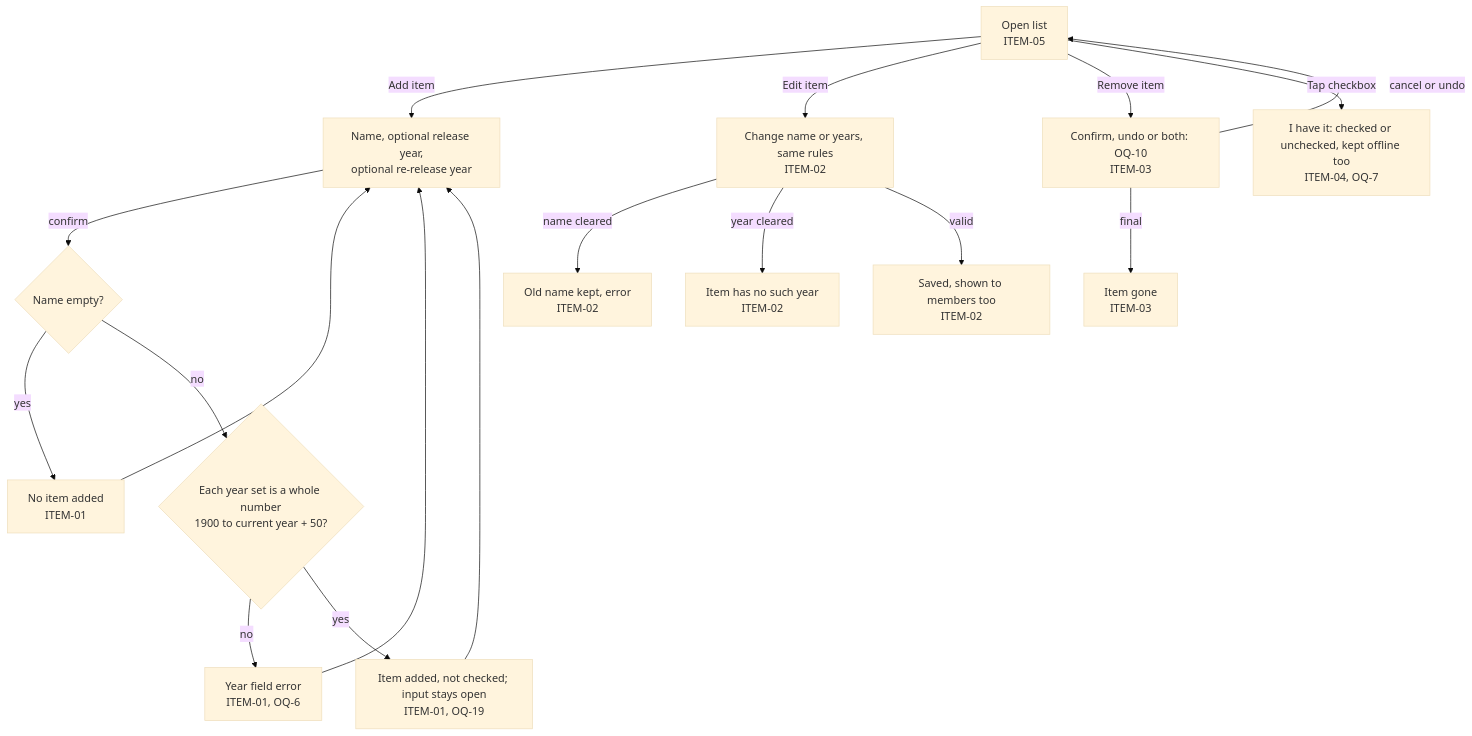
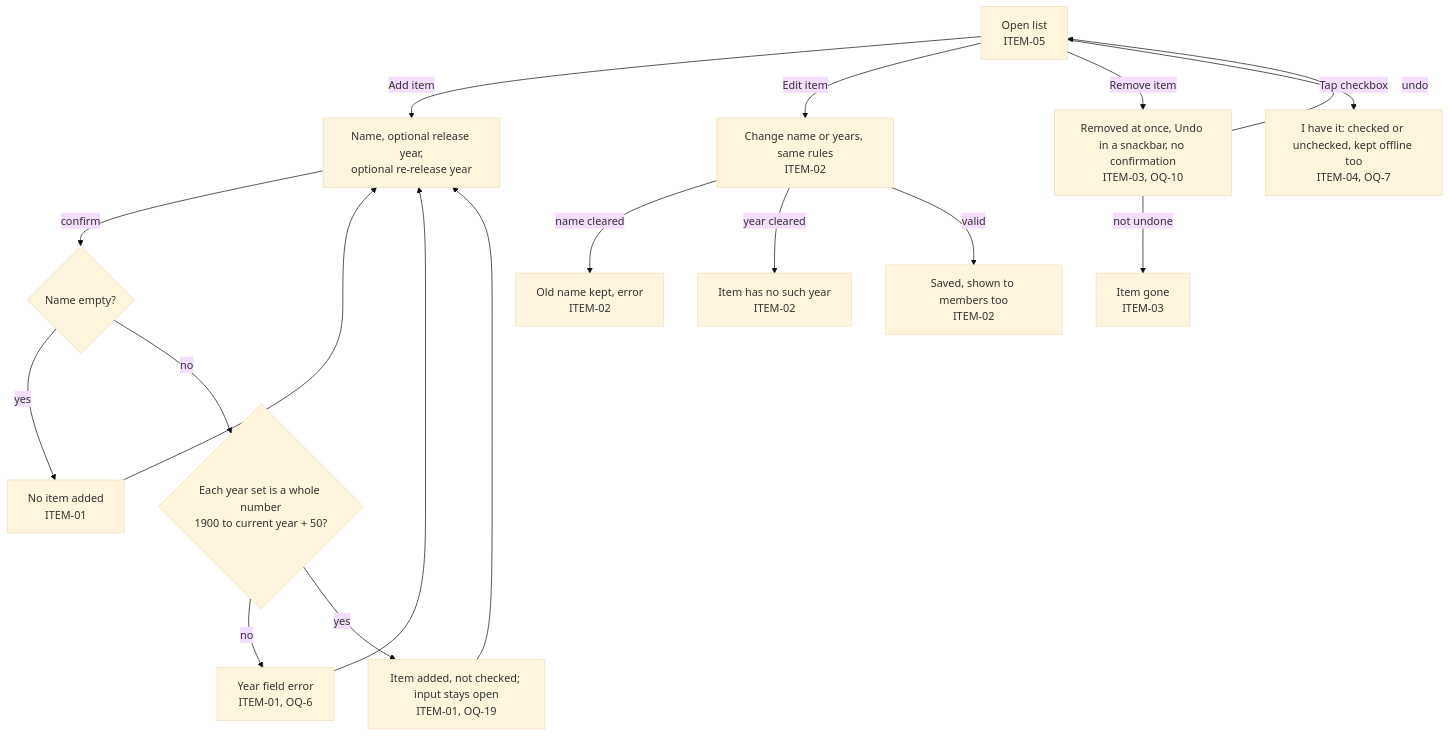
The sixth of 10 diagrams in docs/product/flow.md (bondo/listicles2), drawn with Mermaid (base theme) before and after one commit. The commit also changed other lines of this file and 2 other files, not shown here.

First line of the commit message:
M0.5-03: draft visual-quality rubric; flow.md follows the owner decisions OQ-8..10, 14, 20..22

````diff
--- a/docs/product/flow.md
+++ b/docs/product/flow.md
@@ -159,18 +157,18 @@
 ```mermaid
 flowchart TD
     open["Open list<br>ITEM-05"] -- "Add item" --> input["Name, optional release year,<br>optional re-release year"]
     input -- "confirm" --> iname{"Name empty?"}
     iname -- "yes" --> noadd["No item added<br>ITEM-01"] --> input
     iname -- "no" --> years{"Each year set is a whole number<br>1900 to current year + 50?"}
     years -- "no" --> yerr["Year field error<br>ITEM-01, OQ-6"] --> input
     years -- "yes" --> added["Item added, not checked; input stays open<br>ITEM-01, OQ-19"]
     added --> input
     open -- "Edit item" --> edit["Change name or years, same rules<br>ITEM-02"]
     edit -- "name cleared" --> keep["Old name kept, error<br>ITEM-02"]
     edit -- "year cleared" --> noyear["Item has no such year<br>ITEM-02"]
     edit -- "valid" --> saved["Saved, shown to members too<br>ITEM-02"]
-    open -- "Remove item" --> rem["Confirm, undo or both: OQ-10<br>ITEM-03"]
-    rem -- "cancel or undo" --> open
-    rem -- "final" --> rgone["Item gone<br>ITEM-03"]
+    open -- "Remove item" --> rem["Removed at once, Undo in a snackbar, no confirmation<br>ITEM-03, OQ-10"]
+    rem -- "undo" --> open
+    rem -- "not undone" --> rgone["Item gone<br>ITEM-03"]
     open -- "Tap checkbox" --> toggle["I have it: checked or unchecked, kept offline too<br>ITEM-04, OQ-7"]
 ```
````
